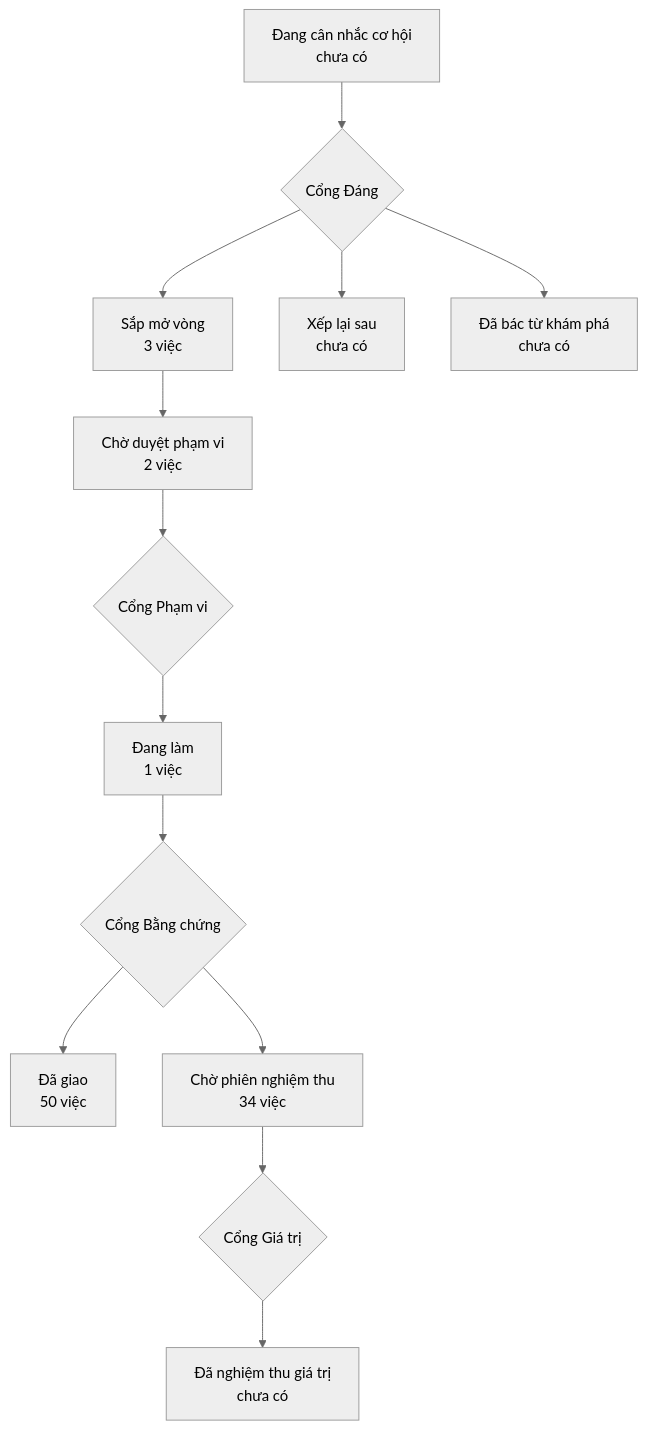
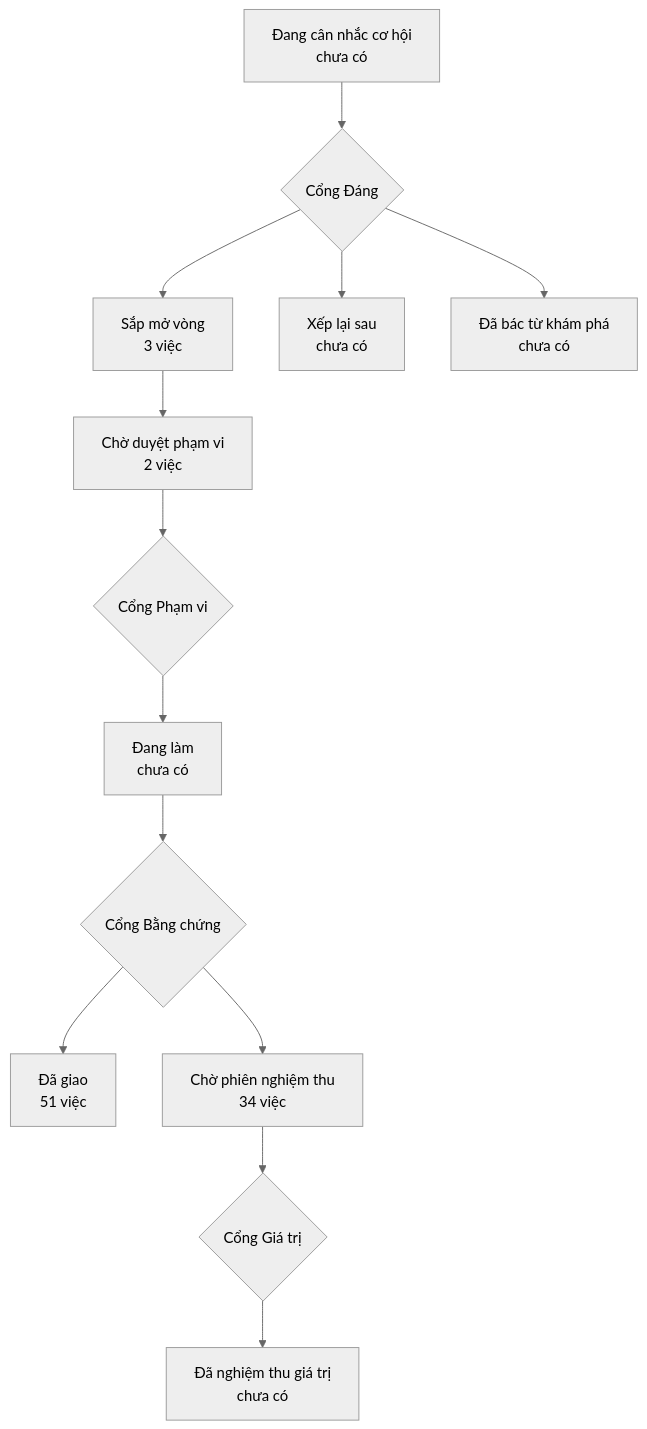
The diagram in PRODUCT-MAP.md (phanlemanh/onehub-invest), drawn with Mermaid (neutral theme) before and after one commit. The commit also changed other lines of this file and 4 other files, not shown here.

````diff
--- a/PRODUCT-MAP.md
+++ b/PRODUCT-MAP.md
@@ -7,12 +7,12 @@
 ```mermaid
 flowchart TD
   A["Đang cân nhắc cơ hội<br/>chưa có"] --> GD{"Cổng Đáng"}
   GD --> B["Sắp mở vòng<br/>3 việc"]
   GD --> XL["Xếp lại sau<br/>chưa có"]
   GD --> DB["Đã bác từ khám phá<br/>chưa có"]
   B --> CD["Chờ duyệt phạm vi<br/>2 việc"] --> GP{"Cổng Phạm vi"}
-  GP --> DL["Đang làm<br/>1 việc"] --> GB{"Cổng Bằng chứng"}
-  GB --> DG["Đã giao<br/>50 việc"]
+  GP --> DL["Đang làm<br/>chưa có"] --> GB{"Cổng Bằng chứng"}
+  GB --> DG["Đã giao<br/>51 việc"]
   GB --> CN["Chờ phiên nghiệm thu<br/>34 việc"] --> GG{"Cổng Giá trị"}
   GG --> NT["Đã nghiệm thu giá trị<br/>chưa có"]
 ```
````
